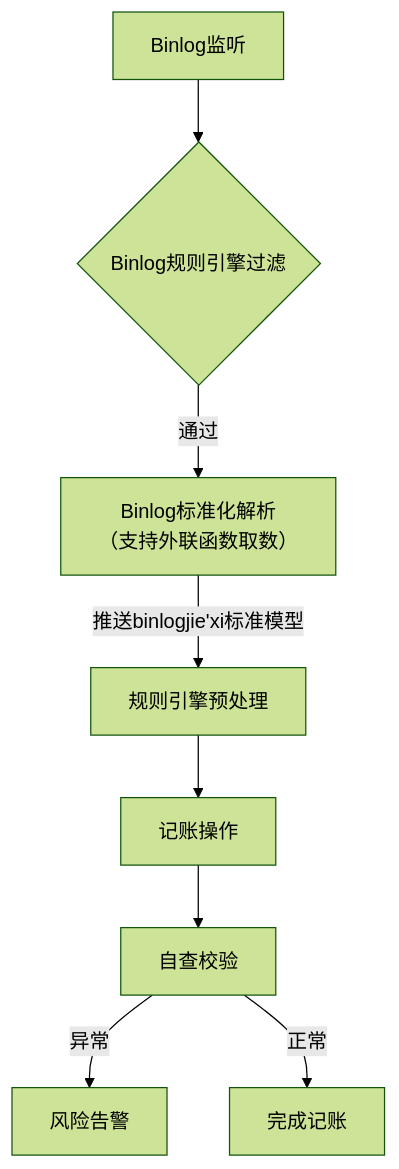
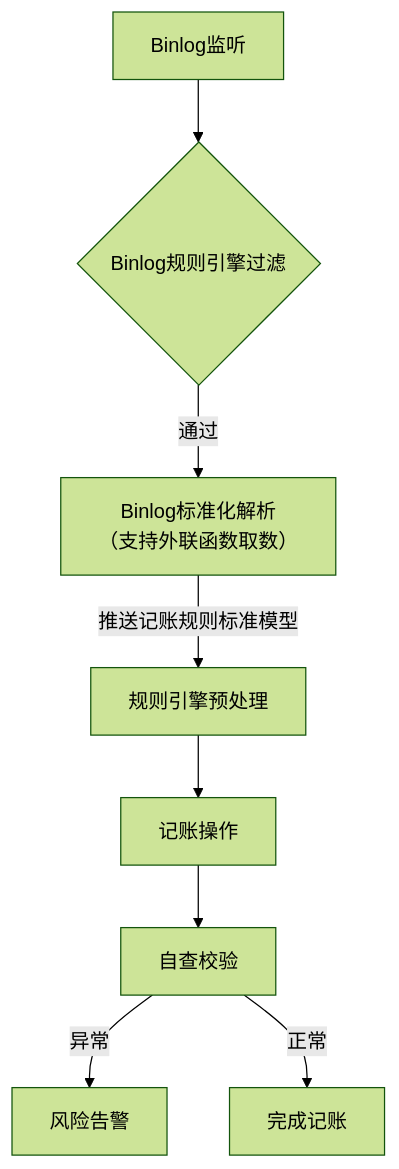
Before and after one commit to 87828943/iodraw-files: the diagram in all/架构流程.md, drawn with Mermaid (forest theme).

Commit message:
2025-07-07 10:57:25 update

````diff
--- a/all/架构流程.md
+++ b/all/架构流程.md
@@ -1,11 +1,11 @@
 ```mermaid
 graph TD
     A[Binlog监听] --> B{Binlog规则引擎过滤}
     B -->|通过| C[Binlog标准化解析
     （支持外联函数取数）]
-    C --> |推送binlogjie'xi标准模型|D[规则引擎预处理]
+    C --> |推送记账规则标准模型|D[规则引擎预处理]
     D --> E[记账操作]
     E --> F[自查校验]
     F -->|异常| G[风险告警]
     F -->|正常| H[完成记账]
 ```
````
